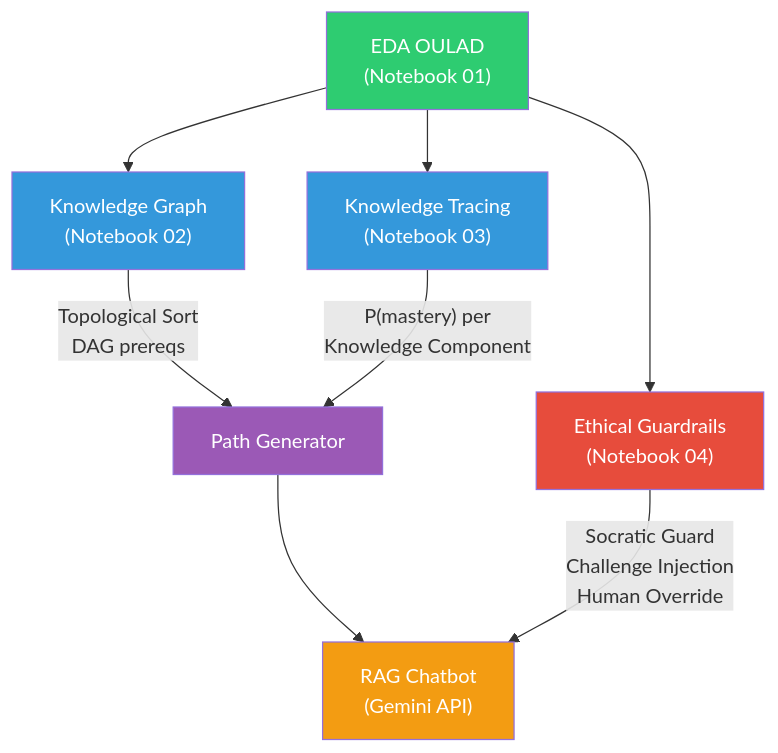
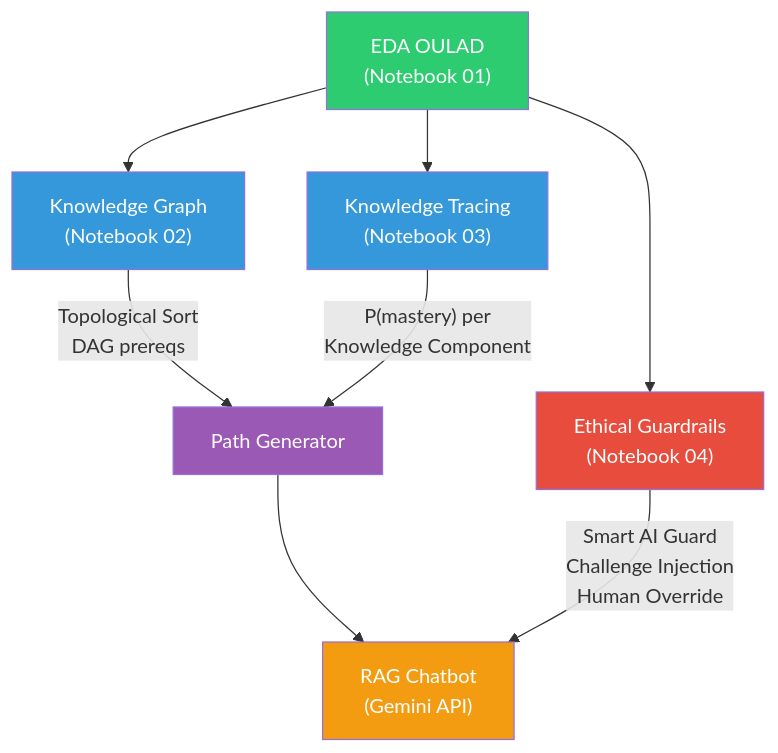
Before and after one commit to danial-computer/AI-LearningPath: the second of 2 diagrams in EDA.md, drawn with Mermaid. The commit also changed 13 other files, not shown here.

````diff
--- a/EDA.md
+++ b/EDA.md
@@ -275,18 +275,18 @@
 ```mermaid
 graph TD
     EDA["EDA OULAD<br/>(Notebook 01)"] --> KG["Knowledge Graph<br/>(Notebook 02)"]
     EDA --> KT["Knowledge Tracing<br/>(Notebook 03)"]
     EDA --> BIAS["Ethical Guardrails<br/>(Notebook 04)"]
 
     KG -->|"Topological Sort<br/>DAG prereqs"| PATH["Path Generator"]
     KT -->|"P(mastery) per<br/>Knowledge Component"| PATH
     PATH --> CHATBOT["RAG Chatbot<br/>(Gemini API)"]
-    BIAS -->|"Socratic Guard<br/>Challenge Injection<br/>Human Override"| CHATBOT
+    BIAS -->|"Smart AI Guard<br/>Challenge Injection<br/>Human Override"| CHATBOT
 
     style EDA fill:#2ecc71,color:#fff
     style KG fill:#3498db,color:#fff
     style KT fill:#3498db,color:#fff
     style BIAS fill:#e74c3c,color:#fff
     style PATH fill:#9b59b6,color:#fff
     style CHATBOT fill:#f39c12,color:#fff
 ```
````
